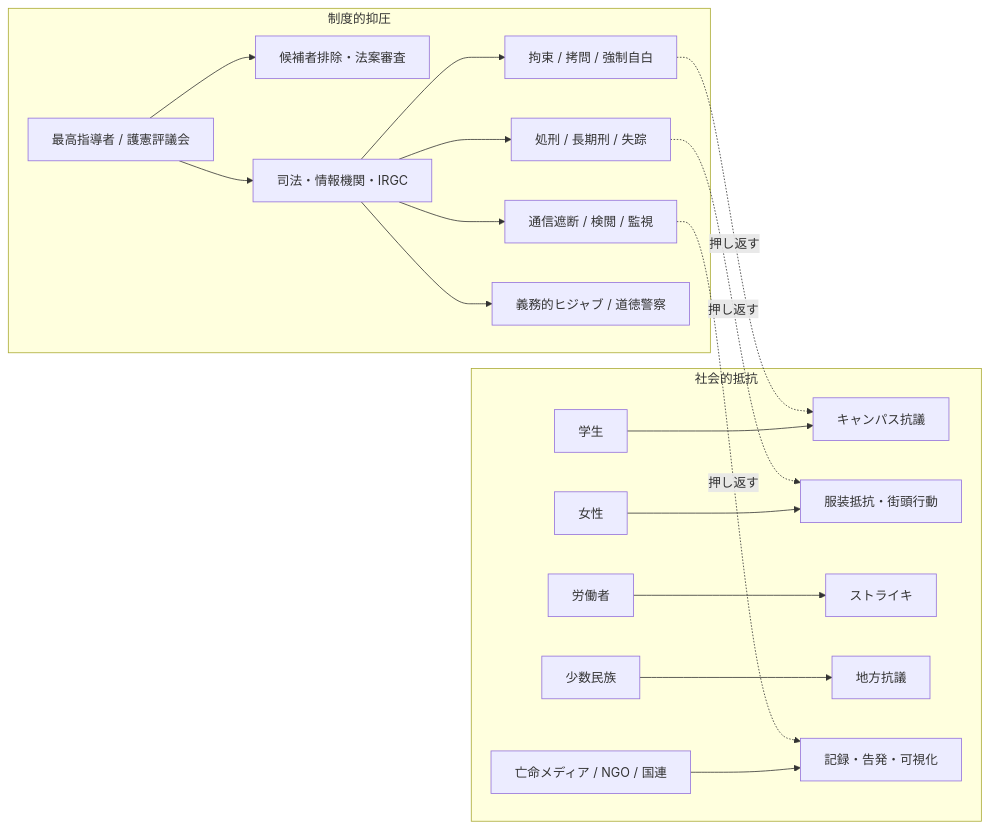
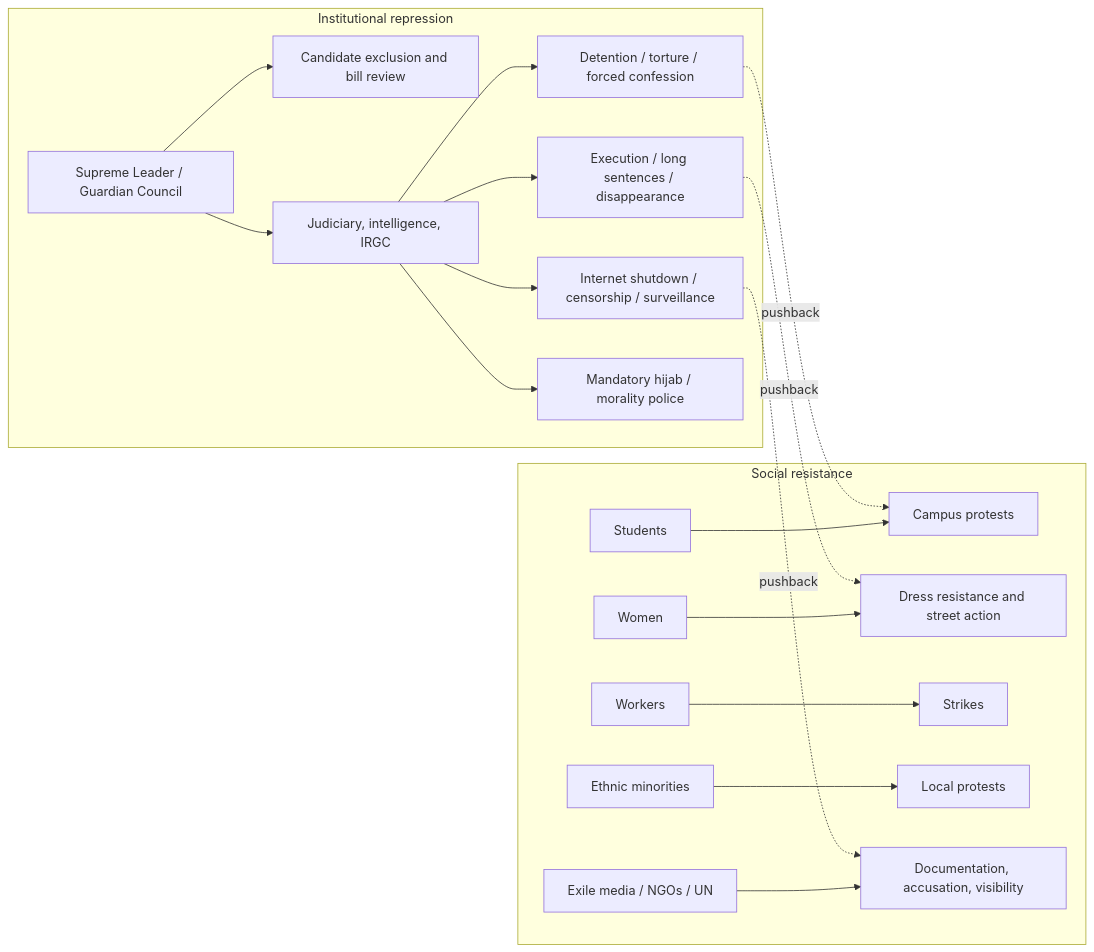
Before and after one commit to daylight55/research: the second of 2 diagrams in content/blog/en/iran-repression-civil-protest-history.mdx, drawn with Mermaid. The commit also changed other lines of this file and 26 other files, not shown here.

Commit message:
Translate English Mermaid labels

````diff
--- a/content/blog/en/iran-repression-civil-protest-history.mdx
+++ b/content/blog/en/iran-repression-civil-protest-history.mdx
@@ -84,21 +84,21 @@
 ```mermaid
 flowchart LR
-    subgraph Repression["制度的抑圧"]
-        A["最高指導者 / 護憲評議会"] --> B["候補者排除・法案審査"]
-        A --> C["司法・情報機関・IRGC"]
-        C --> D["拘束 / 拷問 / 強制自白"]
-        C --> E["処刑 / 長期刑 / 失踪"]
-        C --> F["通信遮断 / 検閲 / 監視"]
-        C --> G["義務的ヒジャブ / 道徳警察"]
+    subgraph Repression["Institutional repression"]
+        A["Supreme Leader / Guardian Council"] --> B["Candidate exclusion and bill review"]
+        A --> C["Judiciary, intelligence, IRGC"]
+        C --> D["Detention / torture / forced confession"]
+        C --> E["Execution / long sentences / disappearance"]
+        C --> F["Internet shutdown / censorship / surveillance"]
+        C --> G["Mandatory hijab / morality police"]
     end
-    subgraph Resistance["社会的抵抗"]
-        H["学生"] --> I["キャンパス抗議"]
-        J["女性"] --> K["服装抵抗・街頭行動"]
-        L["労働者"] --> M["ストライキ"]
-        N["少数民族"] --> O["地方抗議"]
-        P["亡命メディア / NGO / 国連"] --> Q["記録・告発・可視化"]
+    subgraph Resistance["Social resistance"]
+        H["Students"] --> I["Campus protests"]
+        J["Women"] --> K["Dress resistance and street action"]
+        L["Workers"] --> M["Strikes"]
+        N["Ethnic minorities"] --> O["Local protests"]
+        P["Exile media / NGOs / UN"] --> Q["Documentation, accusation, visibility"]
     end
-    D -.押し返す.-> I
-    E -.押し返す.-> K
-    F -.押し返す.-> Q
+    D -.pushback.-> I
+    E -.pushback.-> K
+    F -.pushback.-> Q
 ```
````
